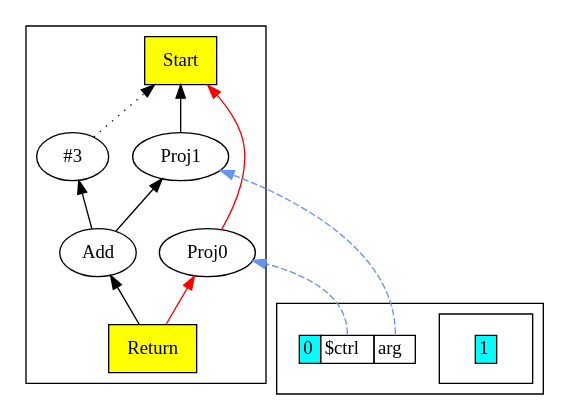
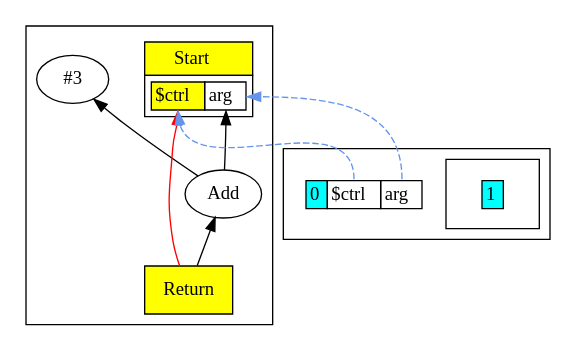
Before and after one commit to SeaOfNodes/Simple: the diagram in chapter04/docs/04-post-peephole.gv, drawn with Graphviz. The commit also changed 1 other file, not shown here.

Commit message:
Update the dot diagrams

```diff
--- a/chapter04/docs/04-post-peephole.gv
+++ b/chapter04/docs/04-post-peephole.gv
@@ -1,34 +1,41 @@
 digraph chapter04 {
+/*
+return 1+arg+2; #showGraph;
+*/
 	rankdir=BT;
 	subgraph cluster_Nodes {
-		Start1 [ shape=box style=filled fillcolor=yellow label="Start" ];
-		Proj02 [ label="Proj0" ];
-		Proj13 [ label="Proj1" ];
-		Con_8 [ label="#3" ];
-		Add9 [ label="Add" ];
-		Return10 [ shape=box style=filled fillcolor=yellow label="Return" ];
+		Start1 [ shape=plaintext label=<
+			<TABLE BORDER="0" CELLBORDER="1" CELLSPACING="0" CELLPADDING="4">
+			<TR><TD BGCOLOR="yellow">Start</TD></TR>
+			<TR><TD>
+				<TABLE BORDER="0" CELLBORDER="1" CELLSPACING="0">
+				<TR><TD PORT="p0" BGCOLOR="yellow">$ctrl</TD><TD PORT="p1">arg</TD></TR>
+				</TABLE>
+			</TD></TR>
+			</TABLE>>
+		];
+		Con_9 [ label="#3" ];
+		Add10 [ label="Add" ];
+		Return11 [ shape=box style=filled fillcolor=yellow label="Return" ];
 	}
 	node [shape=plaintext];
 	subgraph cluster_0 {
 		scope0 [label=<
 			<TABLE BORDER="0" CELLBORDER="1" CELLSPACING="0">
-			<TR><TD BGCOLOR="aqua">0</TD><TD PORT="scope0_$ctrl">$ctrl</TD><TD PORT="scope0_arg">arg</TD></TR>
+			<TR><TD BGCOLOR="cyan">0</TD><TD PORT="scope0_$ctrl">$ctrl</TD><TD PORT="scope0_arg">arg</TD></TR>
 			</TABLE>>];
 	subgraph cluster_1 {
 		scope1 [label=<
 			<TABLE BORDER="0" CELLBORDER="1" CELLSPACING="0">
-			<TR><TD BGCOLOR="aqua">1</TD></TR>
+			<TR><TD BGCOLOR="cyan">1</TD></TR>
 			</TABLE>>];
 	}
 	}
-	Proj02 -> Start1 [color=red];
-	Proj13 -> Start1;
-	Con_8 -> Start1 [style=dotted];
-	Add9 -> Proj13;
-	Add9 -> Con_8;
-	Return10 -> Proj02 [color=red];
-	Return10 -> Add9;
+	Add10 -> Start1:p1;
+	Add10 -> Con_9;
+	Return11 -> Start1:p0 [color=red];
+	Return11 -> Add10;
 	edge [style=dashed color=cornflowerblue];
-	scope0:"scope0_$ctrl" -> Proj02;
-	scope0:"scope0_arg" -> Proj13;
+	scope0:"scope0_$ctrl" -> Start1:p0;
+	scope0:"scope0_arg" -> Start1:p1;
 }
```
